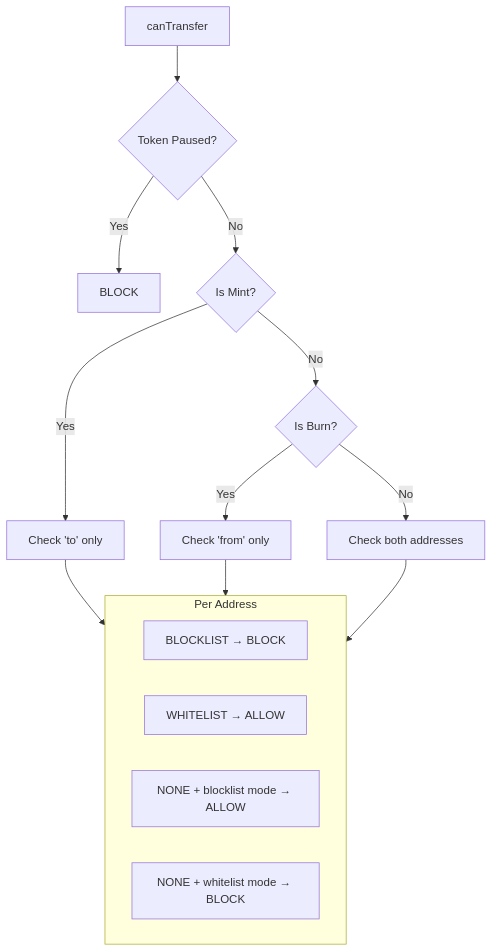
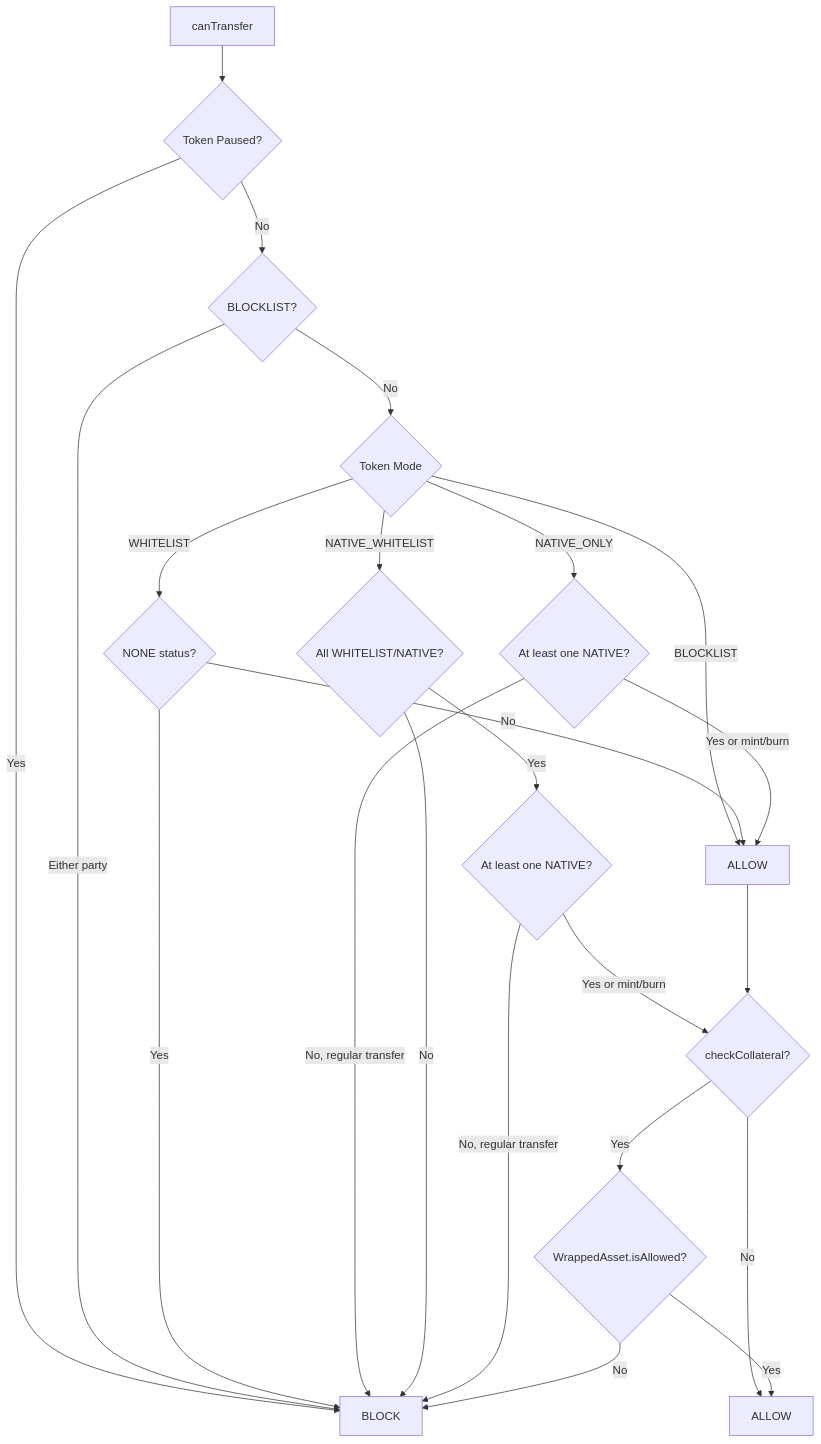
The tenth of 11 diagrams in README.md (3FLabs/grunt), drawn with Mermaid before and after one commit. The commit also changed other lines of this file, not shown here.

First line of the commit message:
docs: update README tree and TransferGuard section for unified guard

````diff
--- a/README.md
+++ b/README.md
@@ -947,21 +957,29 @@
 ```mermaid
 flowchart TB
     Start[canTransfer] --> Paused{Token Paused?}
     Paused -->|Yes| Block[BLOCK]
-    Paused -->|No| Mint{Is Mint?}
-    Mint -->|Yes| CheckTo[Check 'to' only]
-    Mint -->|No| Burn{Is Burn?}
-    Burn -->|Yes| CheckFrom[Check 'from' only]
-    Burn -->|No| CheckBoth[Check both addresses]
+    Paused -->|No| BL{BLOCKLIST?}
+    BL -->|Either party| Block
+    BL -->|No| Mode{Token Mode}
 
-    CheckTo --> Status
-    CheckFrom --> Status
-    CheckBoth --> Status
+    Mode -->|BLOCKLIST| Allow[ALLOW]
+    Mode -->|WHITELIST| WL{NONE status?}
+    WL -->|Yes| Block
+    WL -->|No| Allow
 
-    subgraph Status["Per Address"]
-        S1[BLOCKLIST → BLOCK]
-        S2[WHITELIST → ALLOW]
-        S3[NONE + blocklist mode → ALLOW]
-        S4[NONE + whitelist mode → BLOCK]
-    end
+    Mode -->|NATIVE_ONLY| NO{At least one NATIVE?}
+    NO -->|No, regular transfer| Block
+    NO -->|Yes or mint/burn| Allow
+
+    Mode -->|NATIVE_WHITELIST| NW{All WHITELIST/NATIVE?}
+    NW -->|No| Block
+    NW -->|Yes| NW2{At least one NATIVE?}
+    NW2 -->|No, regular transfer| Block
+    NW2 -->|Yes or mint/burn| Collateral
+
+    Allow --> Collateral{checkCollateral?}
+    Collateral -->|No| Pass[ALLOW]
+    Collateral -->|Yes| CA{WrappedAsset.isAllowed?}
+    CA -->|Yes| Pass
+    CA -->|No| Block
 ```
````
